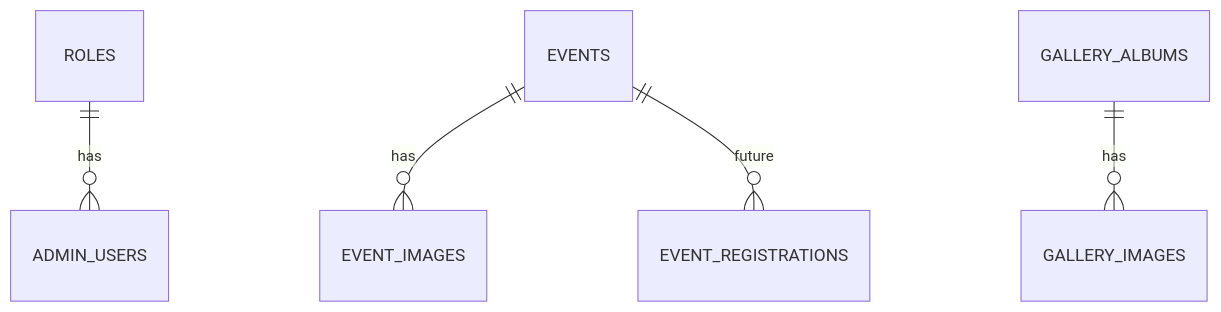
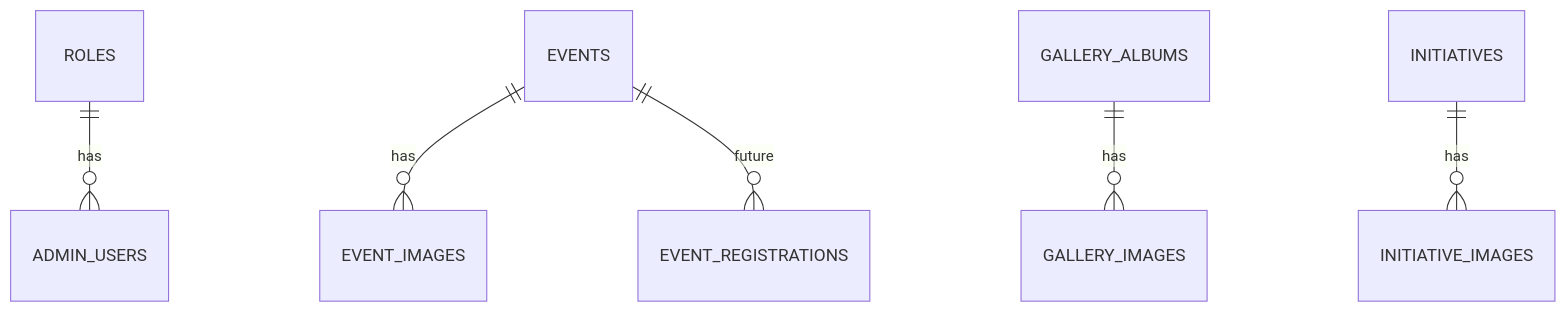
Before and after one commit to uditdamare/damarewadi-charitable-trust: the diagram in docs/04-database-schema.md, drawn with Mermaid. The commit also changed other lines of this file and 62 other files, not shown here.

````diff
--- a/docs/04-database-schema.md
+++ b/docs/04-database-schema.md
@@ -146,7 +203,8 @@
 ```mermaid
 erDiagram
     ROLES ||--o{ ADMIN_USERS : has
     EVENTS ||--o{ EVENT_IMAGES : has
     GALLERY_ALBUMS ||--o{ GALLERY_IMAGES : has
+    INITIATIVES ||--o{ INITIATIVE_IMAGES : has
     EVENTS ||--o{ EVENT_REGISTRATIONS : "future"
 ```
````
